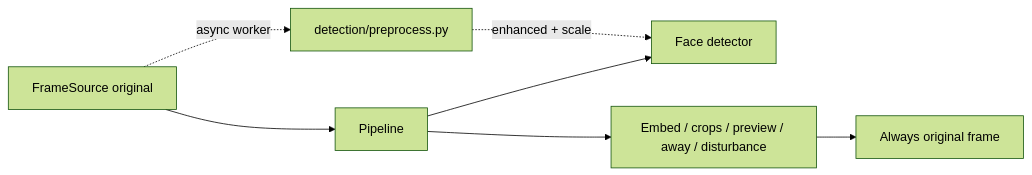
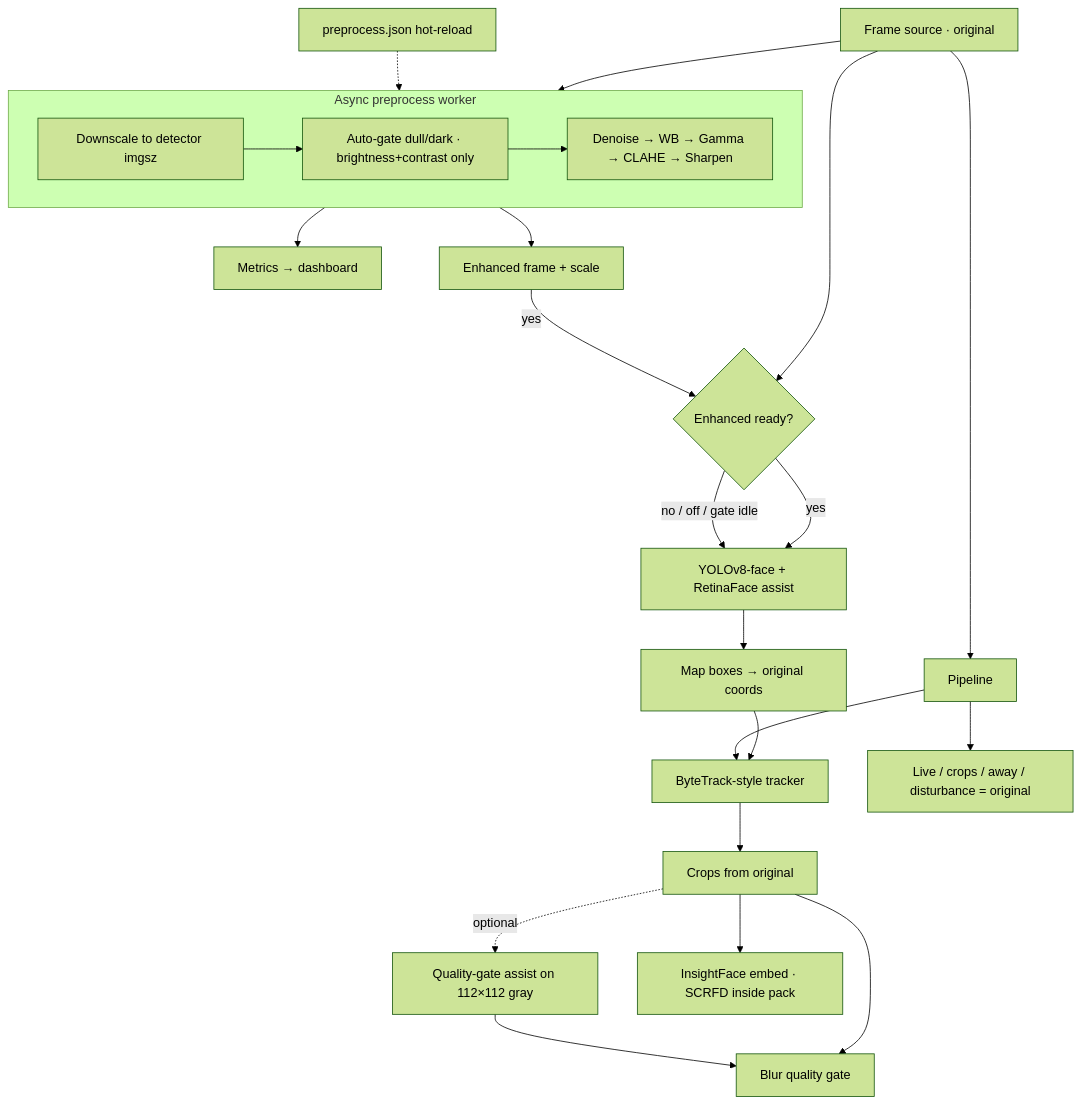
One commit to Akash-2615/VYRON changed the third of 3 diagrams in docs/ARCHITECTURE.md. Above: the diagram before and after it, drawn with Mermaid (forest theme). The commit also changed other lines of this file and 13 other files, not shown here.

First line of the commit message:
Fix preprocess visibility and hung-tracker Start/clear path.

````diff
--- a/docs/ARCHITECTURE.md
+++ b/docs/ARCHITECTURE.md
@@ -100,9 +100,30 @@
 ```mermaid
-flowchart LR
-  src[FrameSource original] --> pipe[Pipeline]
-  src -.->|async worker| pp[detection/preprocess.py]
-  pp -.->|enhanced + scale| det[Face detector]
-  pipe --> det
-  pipe --> emb[Embed / crops / preview / away / disturbance]
-  emb --> orig[Always original frame]
+flowchart TB
+  src[Frame source · original]
+  src --> pipe[Pipeline]
+  src --> worker
+
+  subgraph worker["Async preprocess worker"]
+    ds[Downscale to detector imgsz]
+    gate[Auto-gate dull/dark · brightness+contrast only]
+    filters[Denoise → WB → Gamma → CLAHE → Sharpen]
+    ds --> gate --> filters
+  end
+
+  settings[preprocess.json hot-reload] -.-> worker
+  worker --> metrics[Metrics → dashboard]
+  worker --> enh[Enhanced frame + scale]
+  src --> sel{Enhanced ready?}
+  enh -->|yes| sel
+  sel -->|yes| det[YOLOv8-face + RetinaFace assist]
+  sel -->|no / off / gate idle| det
+  det --> map[Map boxes → original coords]
+  map --> track[ByteTrack-style tracker]
+  track --> crop[Crops from original]
+  crop --> blur[Blur quality gate]
+  crop -.->|optional| qa[Quality-gate assist on 112×112 gray]
+  qa --> blur
+  crop --> emb[InsightFace embed · SCRFD inside pack]
+  pipe --> track
+  pipe --> preview[Live / crops / away / disturbance = original]
 ```
````
